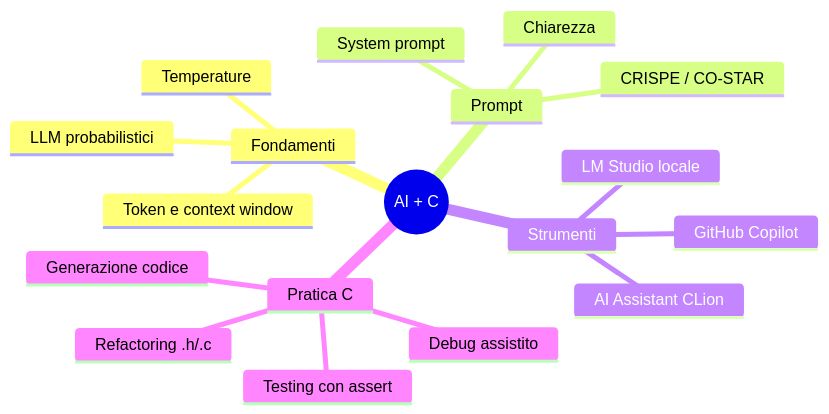
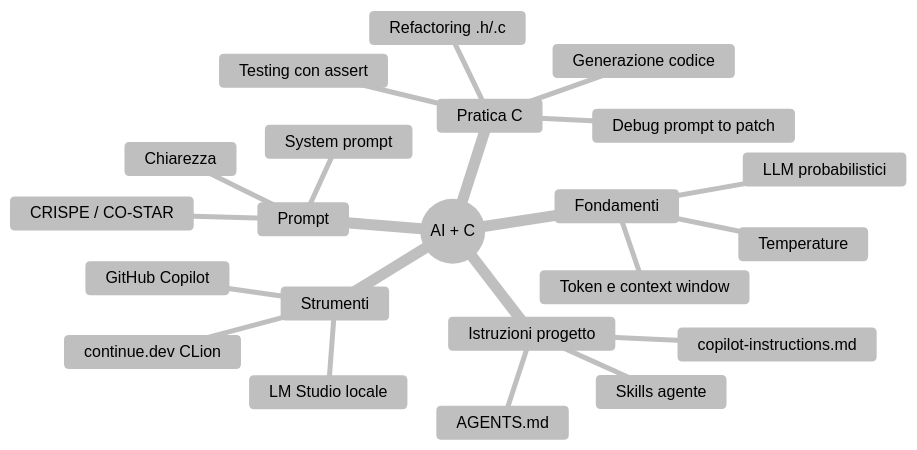
One commit to gdegani/its_slides_ai changed the diagram in pages/slides_lezione3.md. Above: the diagram before and after it, drawn with Mermaid. The commit also changed other lines of this file, not shown here.

````diff
--- a/pages/slides_lezione3.md
+++ b/pages/slides_lezione3.md
@@ -48,21 +49,26 @@
 ```mermaid
+%%{init: {"theme": "base", "themeVariables": {"primaryColor": "#ffffff", "primaryTextColor": "#000000", "primaryBorderColor": "#000000", "lineColor": "#000000", "secondaryColor": "#ffffff", "tertiaryColor": "#ffffff", "background": "#ffffff", "mainBkg": "#ffffff", "nodeBorder": "#000000", "clusterBkg": "#ffffff", "titleColor": "#000000", "edgeLabelBackground": "#ffffff"}}}%%
 mindmap
   root((AI + C))
     Fondamenti
       LLM probabilistici
       Token e context window
       Temperature
     Prompt
       Chiarezza
       CRISPE / CO-STAR
       System prompt
+    Istruzioni progetto
+      copilot-instructions.md
+      AGENTS.md
+      Skills agente
     Strumenti
       LM Studio locale
       GitHub Copilot
-      AI Assistant CLion
+      continue.dev CLion
     Pratica C
       Generazione codice
-      Debug assistito
+      Debug prompt to patch
       Refactoring .h/.c
       Testing con assert
 ```
````
